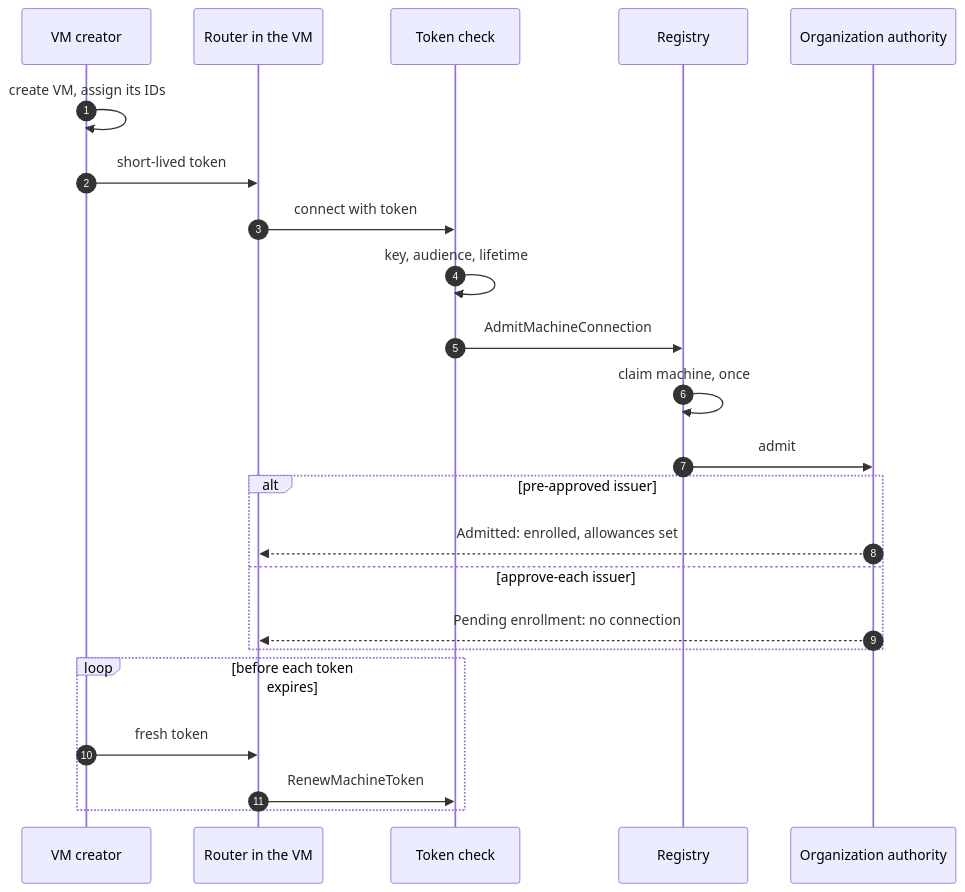
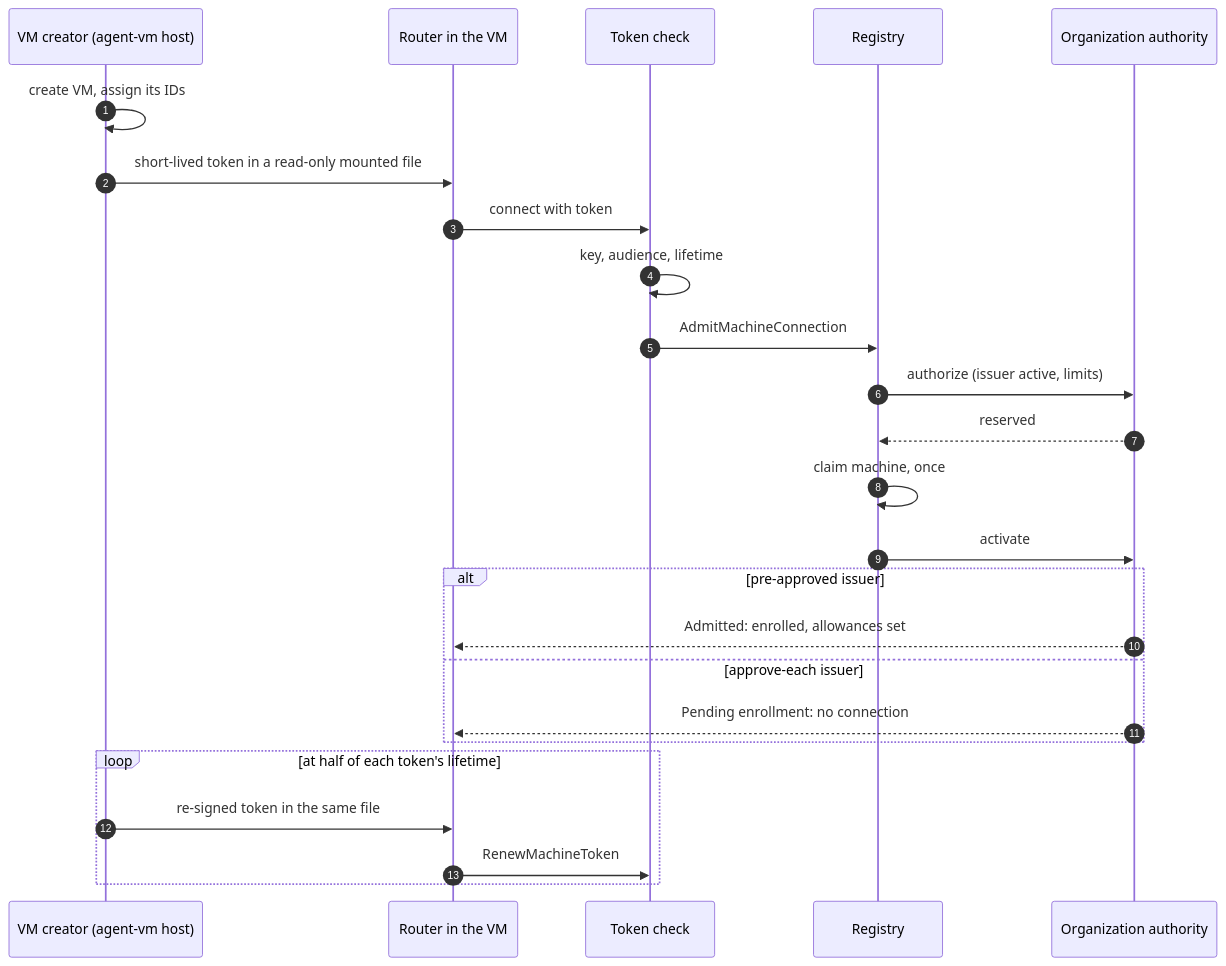
Before and after one commit to ShravanSunder/agent-vm: the fourth of 10 diagrams in docs/specs/2026-10-24-agent-identity/program-design.md, drawn with Mermaid. The commit also changed other lines of this file and 5 other files, not shown here.

````diff
--- a/docs/specs/2026-10-24-agent-identity/program-design.md
+++ b/docs/specs/2026-10-24-agent-identity/program-design.md
@@ -692,25 +785,27 @@
 ```mermaid
 sequenceDiagram
   autonumber
-  participant VC as VM creator
+  participant VC as VM creator (agent-vm host)
   participant V as Router in the VM
   participant E as Token check
   participant REG as Registry
   participant OA as Organization authority
   VC->>VC: create VM, assign its IDs
-  VC->>V: short-lived token
+  VC->>V: short-lived token in a read-only mounted file
   V->>E: connect with token
   E->>E: key, audience, lifetime
   E->>REG: AdmitMachineConnection
+  REG->>OA: authorize (issuer active, limits)
+  OA-->>REG: reserved
   REG->>REG: claim machine, once
-  REG->>OA: admit
+  REG->>OA: activate
   alt pre-approved issuer
     OA-->>V: Admitted: enrolled, allowances set
   else approve-each issuer
     OA-->>V: Pending enrollment: no connection
   end
-  loop before each token expires
-    VC->>V: fresh token
+  loop at half of each token's lifetime
+    VC->>V: re-signed token in the same file
     V->>E: RenewMachineToken
   end
 ```
````
